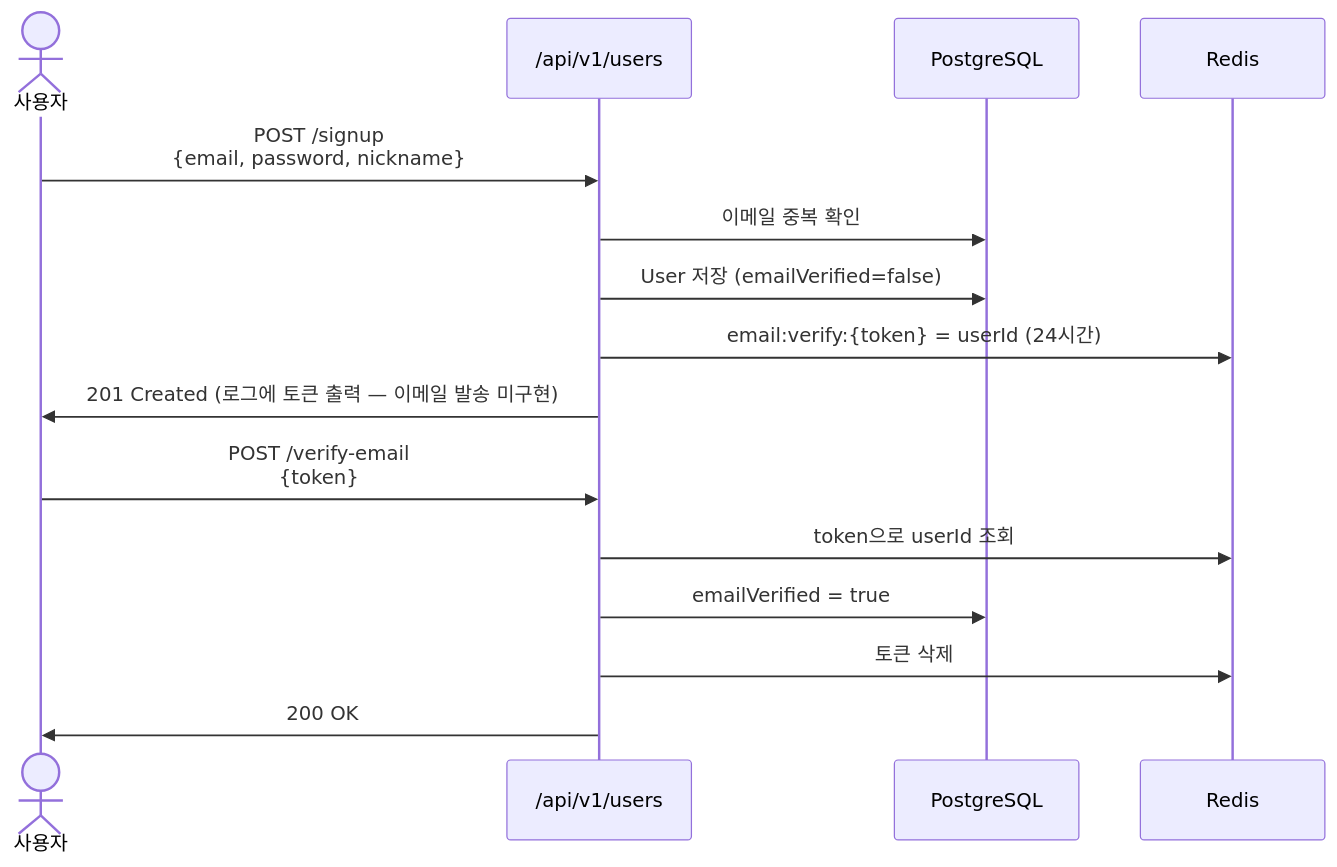
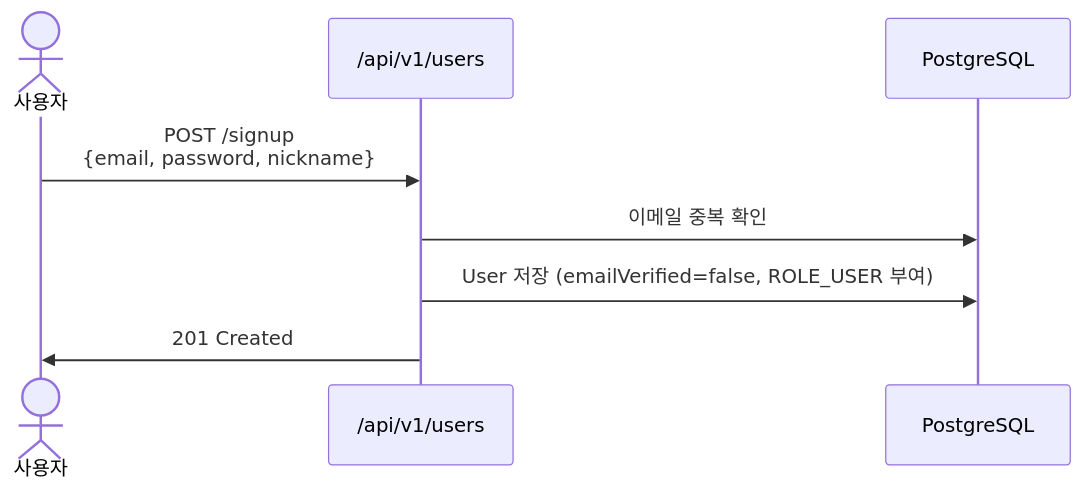
Before and after one commit to dodudi/rudy-project: the fifth of 5 diagrams in auth-spring/README.md, drawn with Mermaid. The commit also changed other lines of this file, not shown here.

````diff
--- a/auth-spring/README.md
+++ b/auth-spring/README.md
@@ -240,18 +238,11 @@
 ```mermaid
 sequenceDiagram
     actor User as 사용자
     participant API as /api/v1/users
     participant DB as PostgreSQL
-    participant Redis as Redis
 
     User->>API: POST /signup<br/>{email, password, nickname}
     API->>DB: 이메일 중복 확인
-    API->>DB: User 저장 (emailVerified=false)
-    API->>Redis: email:verify:{token} = userId (24시간)
-    API->>User: 201 Created (로그에 토큰 출력 — 이메일 발송 미구현)
-    User->>API: POST /verify-email<br/>{token}
-    API->>Redis: token으로 userId 조회
-    API->>DB: emailVerified = true
-    API->>Redis: 토큰 삭제
-    API->>User: 200 OK
+    API->>DB: User 저장 (emailVerified=false, ROLE_USER 부여)
+    API->>User: 201 Created
 ```
````
